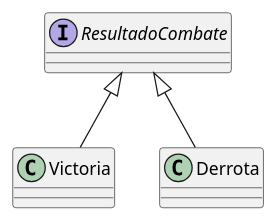
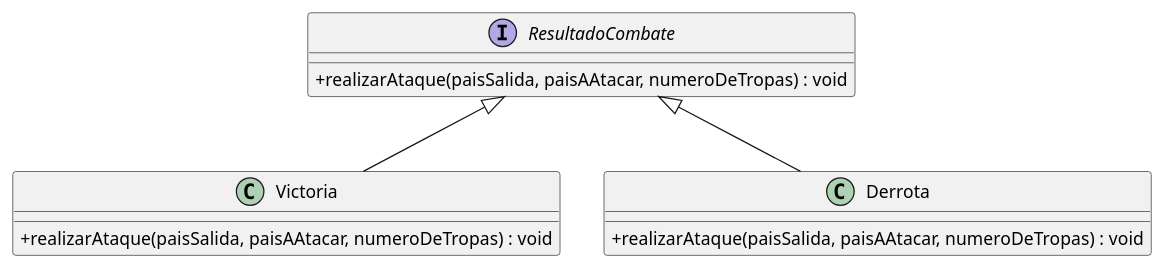
The diagram in diagramas/diagramaClaseResultadoCombate.plantuml (tomasshiao/TP2_Algo3), drawn with PlantUML before and after one commit. The commit also changed 4 other files, not shown here.

```diff
--- a/diagramas/diagramaClaseResultadoCombate.plantuml
+++ b/diagramas/diagramaClaseResultadoCombate.plantuml
@@ -1,12 +1,17 @@
 @startuml
 skinparam classAttributeIconSize 0
 
-interface ResultadoCombate{}
+interface ResultadoCombate{
+    + realizarAtaque(paisSalida, paisAAtacar, numeroDeTropas) : void
+}
 
-class Victoria{}
+class Victoria{
+    +realizarAtaque(paisSalida, paisAAtacar, numeroDeTropas) : void
+}
 class Derrota{
+    +realizarAtaque(paisSalida, paisAAtacar, numeroDeTropas) : void
 }
 
 ResultadoCombate <|--Victoria
 ResultadoCombate <|-- Derrota
 @enduml
```
